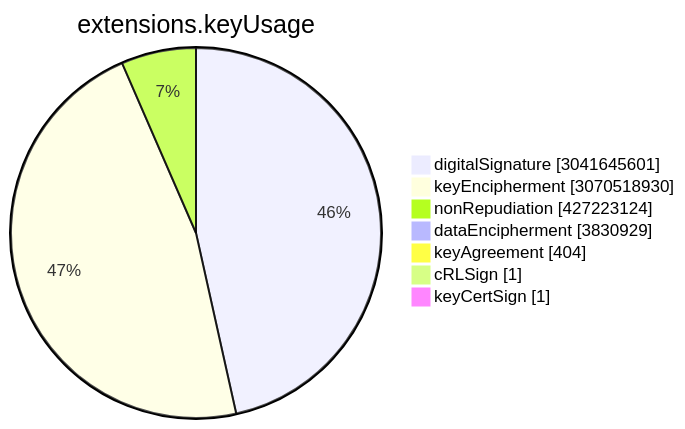
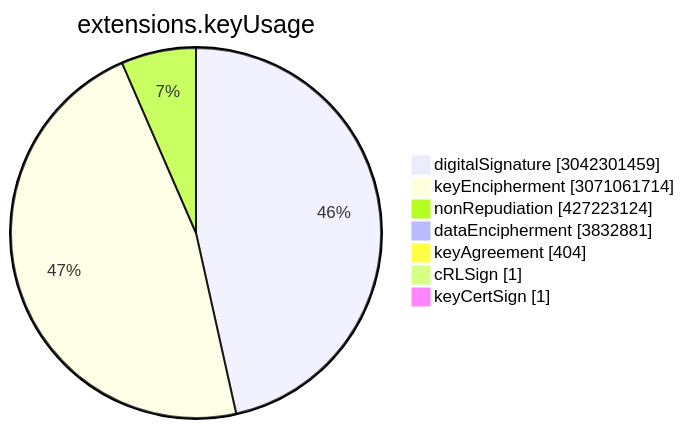
The sixth of 15 diagrams in TOTAL/README.md (christiankrug/ctmonitor_visualization), drawn with Mermaid before and after one commit. The commit also changed other lines of this file, not shown here.

````diff
--- a/TOTAL/README.md
+++ b/TOTAL/README.md
@@ -3077,11 +3077,11 @@
 ```mermaid
 pie showData
 title extensions.keyUsage
-"digitalSignature" :3041645601
-"keyEncipherment" :3070518930
+"digitalSignature" :3042301459
+"keyEncipherment" :3071061714
 "nonRepudiation" :427223124
-"dataEncipherment" :3830929
+"dataEncipherment" :3832881
 "keyAgreement" :404
 "cRLSign" :1
 "keyCertSign" :1
 ```
````
